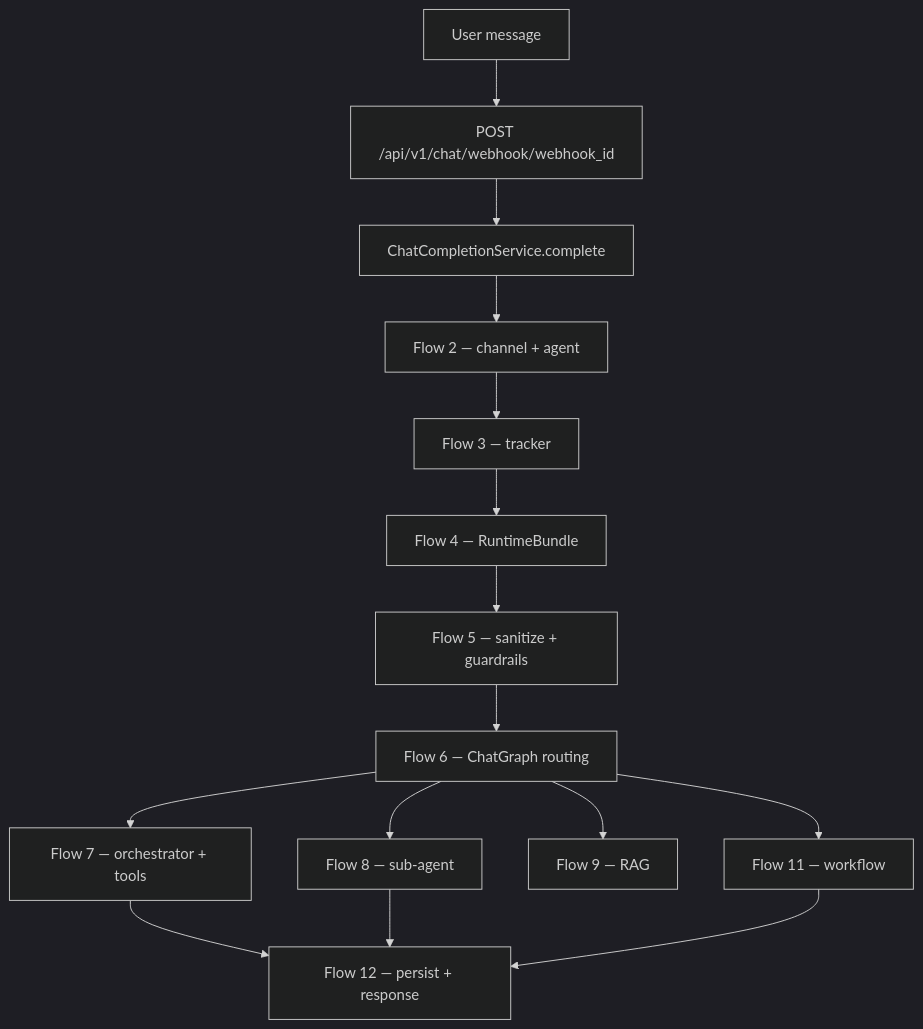
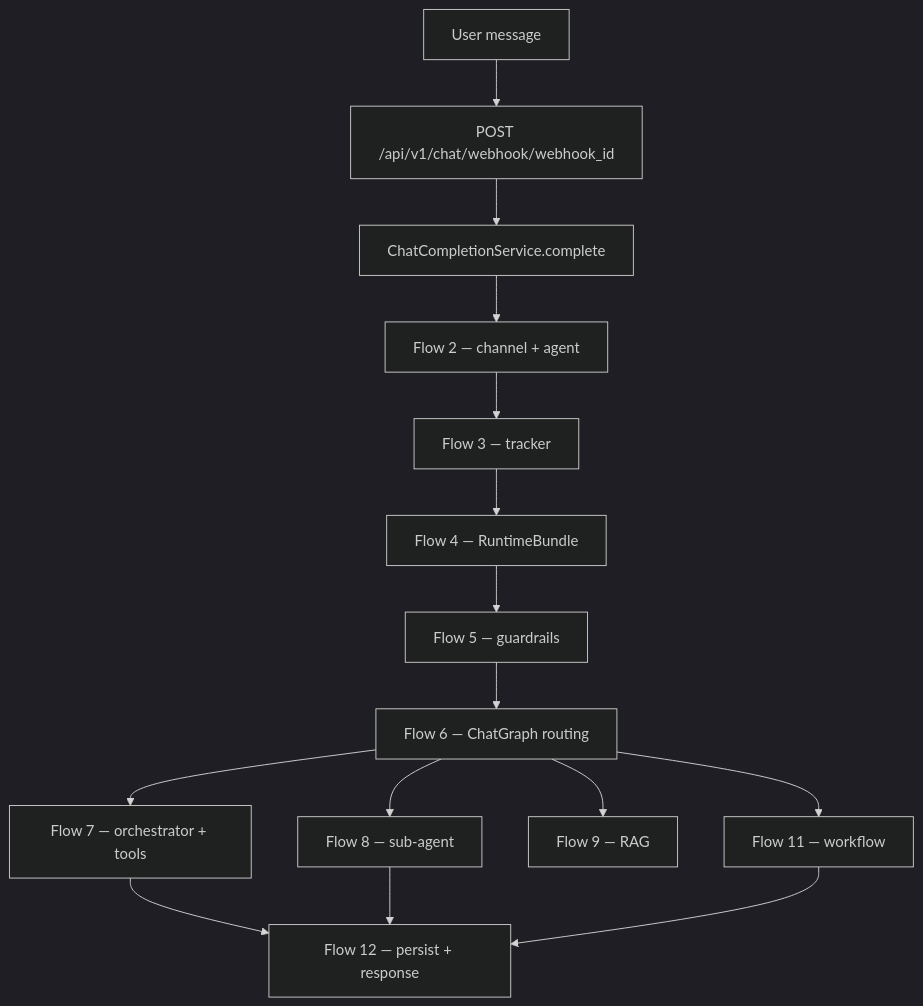
One commit to shehan-jayasinghe/bot-builder changed the first of 13 diagrams in backend/document/chat/01-chat-completion-diagrams.md. Above: the diagram before and after it, drawn with Mermaid (dark theme). The commit also changed other lines of this file and 59 other files, not shown here.

````diff
--- a/backend/document/chat/01-chat-completion-diagrams.md
+++ b/backend/document/chat/01-chat-completion-diagrams.md
@@ -57,21 +61,21 @@
 ```mermaid
 flowchart TB
     USER[User message]
     API[POST /api/v1/chat/webhook/webhook_id]
     SVC[ChatCompletionService.complete]
 
     USER --> API --> SVC
 
     SVC --> F2[Flow 2 — channel + agent]
     F2 --> F3[Flow 3 — tracker]
     F3 --> F4[Flow 4 — RuntimeBundle]
-    F4 --> F5[Flow 5 — sanitize + guardrails]
+    F4 --> F5[Flow 5 — guardrails]
     F5 --> F6[Flow 6 — ChatGraph routing]
     F6 --> F7[Flow 7 — orchestrator + tools]
     F6 --> F8[Flow 8 — sub-agent]
     F6 --> F9[Flow 9 — RAG]
     F6 --> F11[Flow 11 — workflow]
     F7 --> F12[Flow 12 — persist + response]
     F8 --> F12
     F11 --> F12
 ```
````
